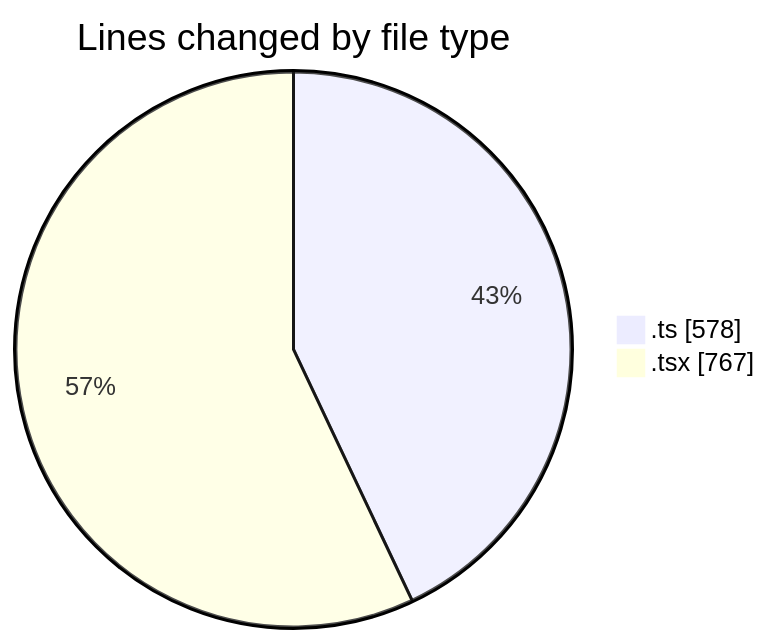
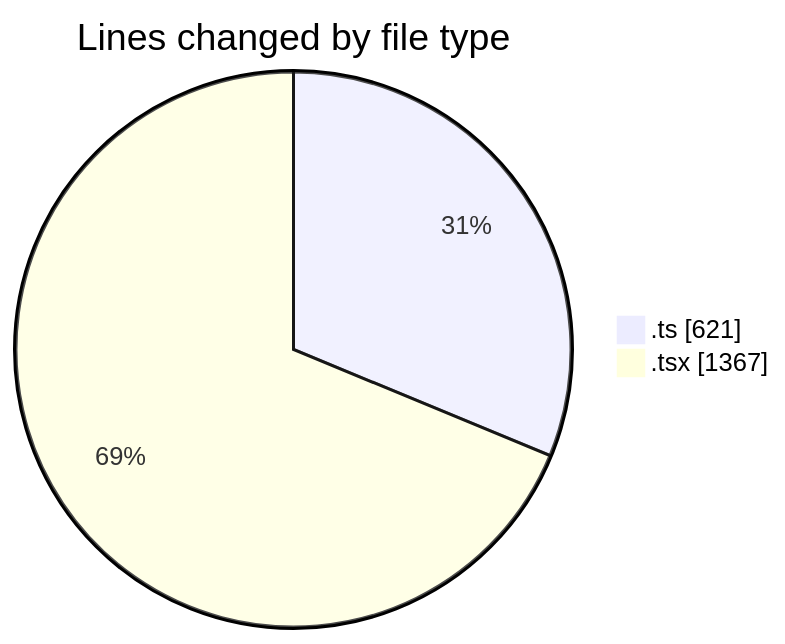
The first of 2 diagrams in 2026-08-21/nxtqube_webapp/README.md (nxtqubesakshisongat/code-tracking), drawn with Mermaid before and after one commit. The commit also changed other lines of this file and 1 other file, not shown here.

````diff
--- a/2026-08-21/nxtqube_webapp/README.md
+++ b/2026-08-21/nxtqube_webapp/README.md
@@ -27,6 +29,6 @@
 ```mermaid
 pie showData
 title Lines changed by file type
-".ts" : 578
-".tsx" : 767
+".ts" : 621
+".tsx" : 1367
 ```
````
